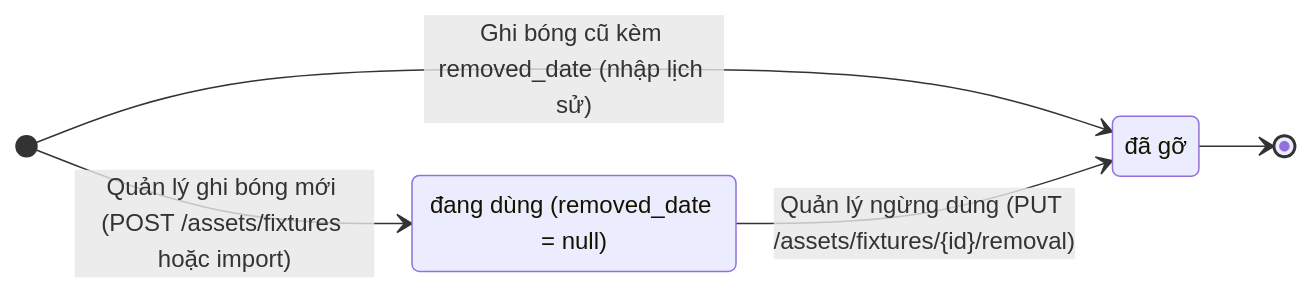
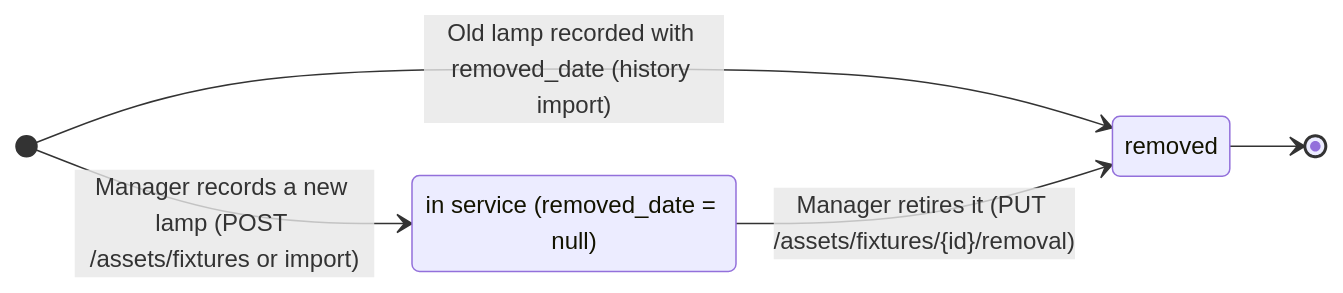
One commit to LuxMapLabs/luxmap_backend changed diagram 12 of 14 in docs/state-machines.md. Above: the diagram before and after it, drawn with Mermaid. The commit also changed other lines of this file and 2 other files, not shown here.

First line of the commit message:
docs(state-machines): translate the state machine diagrams to English

````diff
--- a/docs/state-machines.md
+++ b/docs/state-machines.md
@@ -410,10 +436,10 @@
 ```mermaid
 stateDiagram-v2
     direction LR
-    state "đang dùng (removed_date = null)" as active
-    state "đã gỡ" as removed
-    [*] --> active : Quản lý ghi bóng mới (POST /assets/fixtures hoặc import)
-    [*] --> removed : Ghi bóng cũ kèm removed_date (nhập lịch sử)
-    active --> removed : Quản lý ngừng dùng (PUT /assets/fixtures/{id}/removal)
+    state "in service (removed_date = null)" as active
+    state "removed" as removed
+    [*] --> active : Manager records a new lamp (POST /assets/fixtures or import)
+    [*] --> removed : Old lamp recorded with removed_date (history import)
+    active --> removed : Manager retires it (PUT /assets/fixtures/{id}/removal)
     removed --> [*]
 ```
````
